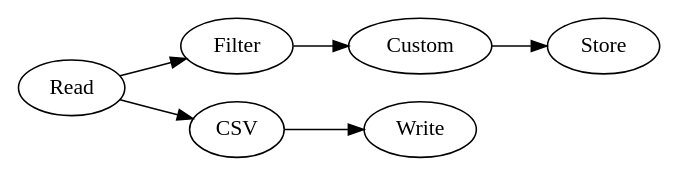
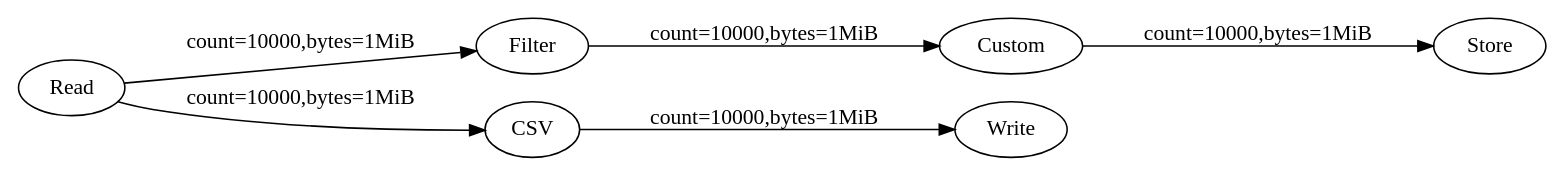
Before and after one commit to licaonfee/selina: the diagram in README.md, drawn with Graphviz. The commit also changed 1 other file, not shown here.

Commit message:
fix: update readme with real graph

````diff
--- a/README.md
+++ b/README.md
@@ -84,16 +84,16 @@
 ```dot
 digraph {
 	rankdir=LR;
 	X0001FXACQQKSTZV3SGXZPF3C9C[label="Filter"];
 	X0001FXACQQKSTZV3SGY4YSE6NX[label="Write"];
 	X0001FXACQQKSTZV3SGY2XQMB1X[label="Custom"];
 	X0001FXACQQKSTZV3SGY5QMFJ0Q[label="Store"];
 	X0001FXACQQKSTZV3SGXTVX3MPP[label="Read"];
 	X0001FXACQQKSTZV3SGXXXA43EF[label="CSV"];
-	X0001FXACQQKSTZV3SGXTVX3MPP -> X0001FXACQQKSTZV3SGXXXA43EF;
-	X0001FXACQQKSTZV3SGXTVX3MPP -> X0001FXACQQKSTZV3SGXZPF3C9C;
-	X0001FXACQQKSTZV3SGXXXA43EF -> X0001FXACQQKSTZV3SGY4YSE6NX;
-	X0001FXACQQKSTZV3SGXZPF3C9C -> X0001FXACQQKSTZV3SGY2XQMB1X;
-	X0001FXACQQKSTZV3SGY2XQMB1X -> X0001FXACQQKSTZV3SGY5QMFJ0Q;
+	X0001FXACQQKSTZV3SGXTVX3MPP -> X0001FXACQQKSTZV3SGXXXA43EF [label="count=10000,bytes=1MiB"];
+	X0001FXACQQKSTZV3SGXTVX3MPP -> X0001FXACQQKSTZV3SGXZPF3C9C [label="count=10000,bytes=1MiB"];
+	X0001FXACQQKSTZV3SGXXXA43EF -> X0001FXACQQKSTZV3SGY4YSE6NX [label="count=10000,bytes=1MiB"];
+	X0001FXACQQKSTZV3SGXZPF3C9C -> X0001FXACQQKSTZV3SGY2XQMB1X [label="count=10000,bytes=1MiB"];
+	X0001FXACQQKSTZV3SGY2XQMB1X -> X0001FXACQQKSTZV3SGY5QMFJ0Q [label="count=10000,bytes=1MiB"];
 }
 ```
````
